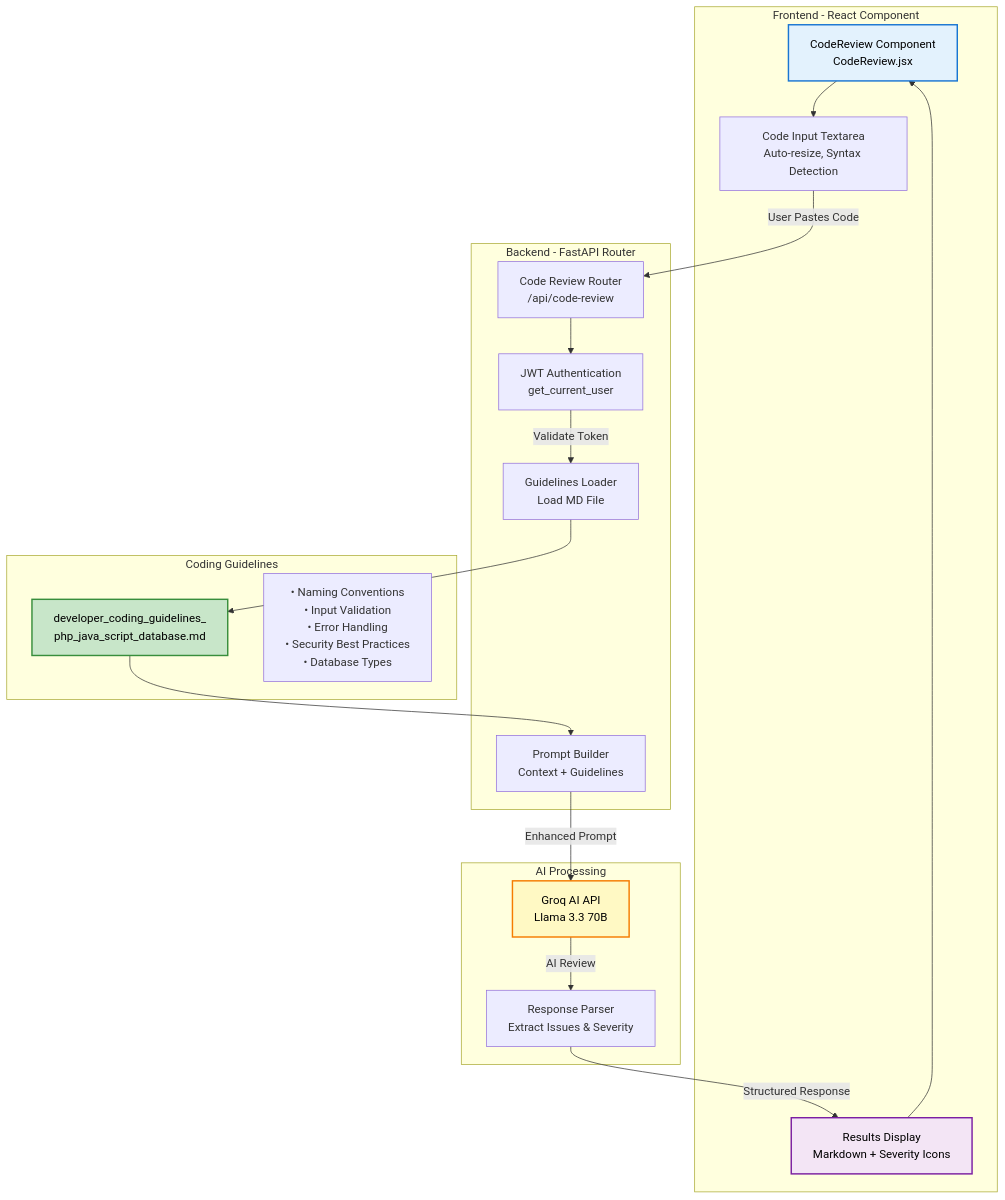
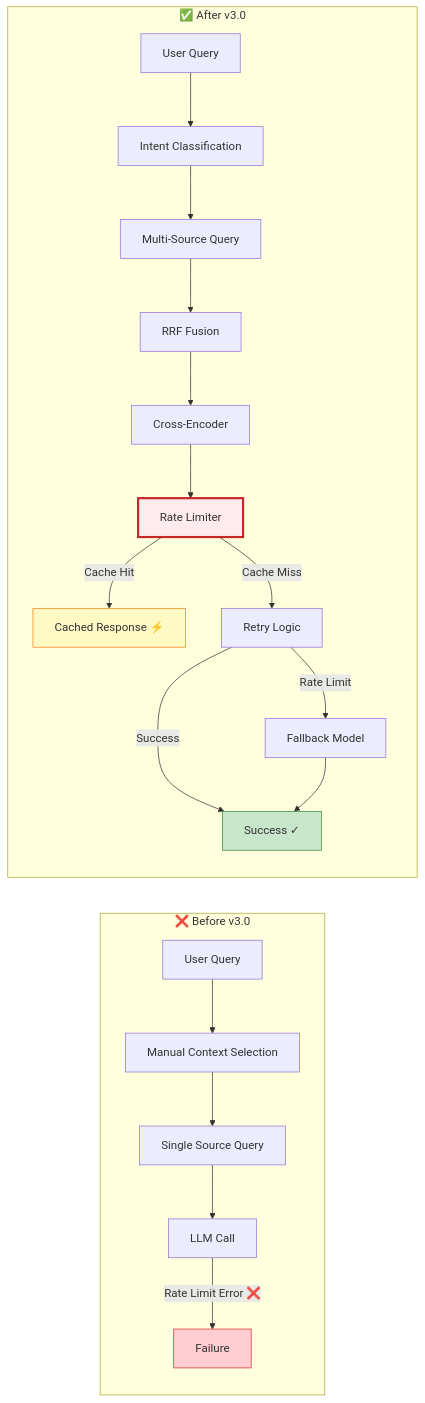
One commit to yash-ganatra/Banking-knowledgeAssistance changed diagram 21 of 21 in README.md. Above: the diagram before and after it, drawn with Mermaid. The commit also changed other lines of this file and 17 other files, not shown here.

Commit message:
Query Router added

````diff
--- a/README.md
+++ b/README.md
@@ -1871,41 +4156,27 @@
 ```mermaid
-graph TB
-    subgraph "Frontend - React Component"
-        UI[CodeReview Component<br/>CodeReview.jsx]
-        INPUT[Code Input Textarea<br/>Auto-resize, Syntax Detection]
-        DISPLAY[Results Display<br/>Markdown + Severity Icons]
+graph LR
+    subgraph "❌ Before v3.0"
+        Q1[User Query] --> M1[Manual Context Selection]
+        M1 --> S1[Single Source Query]
+        S1 --> L1[LLM Call]
+        L1 -->|Rate Limit Error ❌| F1[Failure]
     end
     
-    subgraph "Backend - FastAPI Router"
-        ROUTER[Code Review Router<br/>/api/code-review]
-        AUTH[JWT Authentication<br/>get_current_user]
-        LOADER[Guidelines Loader<br/>Load MD File]
-        PROMPT[Prompt Builder<br/>Context + Guidelines]
+    subgraph "✅ After v3.0"
+        Q2[User Query] --> IC[Intent Classification]
+        IC --> MS[Multi-Source Query]
+        MS --> RRF[RRF Fusion]
+        RRF --> CE[Cross-Encoder]
+        CE --> RL[Rate Limiter]
+        RL -->|Cache Hit| C[Cached Response ⚡]
+        RL -->|Cache Miss| R[Retry Logic]
+        R -->|Success| S2[Success ✓]
+        R -->|Rate Limit| FB[Fallback Model]
+        FB --> S2
     end
     
-    subgraph "AI Processing"
-        GROQ[Groq AI API<br/>Llama 3.3 70B]
-        PARSE[Response Parser<br/>Extract Issues & Severity]
-    end
-    
-    subgraph "Coding Guidelines"
-        GUIDE[developer_coding_guidelines_<br/>php_java_script_database.md]
-        RULES[• Naming Conventions<br/>• Input Validation<br/>• Error Handling<br/>• Security Best Practices<br/>• Database Types]
-    end
-    
-    UI --> INPUT
-    INPUT -->|User Pastes Code| ROUTER
-    ROUTER --> AUTH
-    AUTH -->|Validate Token| LOADER
-    LOADER --> GUIDE
-    GUIDE --> PROMPT
-    PROMPT -->|Enhanced Prompt| GROQ
-    GROQ -->|AI Review| PARSE
-    PARSE -->|Structured Response| DISPLAY
-    DISPLAY --> UI
-    
-    style UI fill:#e3f2fd,stroke:#1976d2,stroke-width:2px,color:#000
-    style GROQ fill:#fff9c4,stroke:#f57c00,stroke-width:2px,color:#000
-    style GUIDE fill:#c8e6c9,stroke:#388e3c,stroke-width:2px,color:#000
-    style DISPLAY fill:#f3e5f5,stroke:#7b1fa2,stroke-width:2px,color:#000
+    style F1 fill:#ffcdd2,stroke:#d32f2f
+    style S2 fill:#c8e6c9,stroke:#388e3c
+    style C fill:#fff9c4,stroke:#f57f17
+    style RL fill:#ffebee,stroke:#c62828,stroke-width:3px
 ```
````
